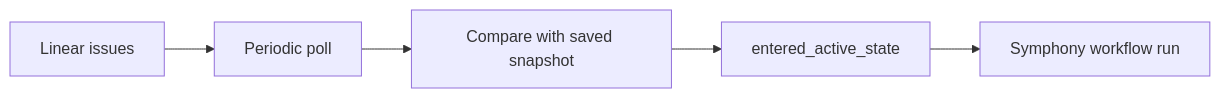
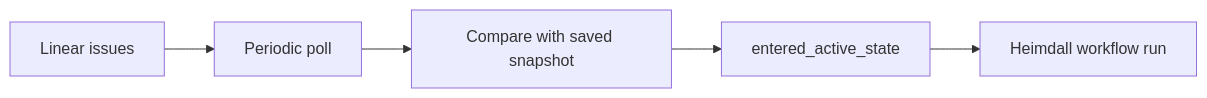
The diagram in docs/setup/linear.md (mngeow/heimdall), drawn with Mermaid before and after one commit. The commit also changed other lines of this file and 112 other files, not shown here.

````diff
--- a/docs/setup/linear.md
+++ b/docs/setup/linear.md
@@ -80,7 +80,7 @@
 ```mermaid
 flowchart LR
     Linear["Linear issues"] --> Poll["Periodic poll"]
     Poll --> Snapshot["Compare with saved snapshot"]
     Snapshot --> Trigger["entered_active_state"]
-    Trigger --> Workflow["Symphony workflow run"]
+    Trigger --> Workflow["Heimdall workflow run"]
 ```
````
